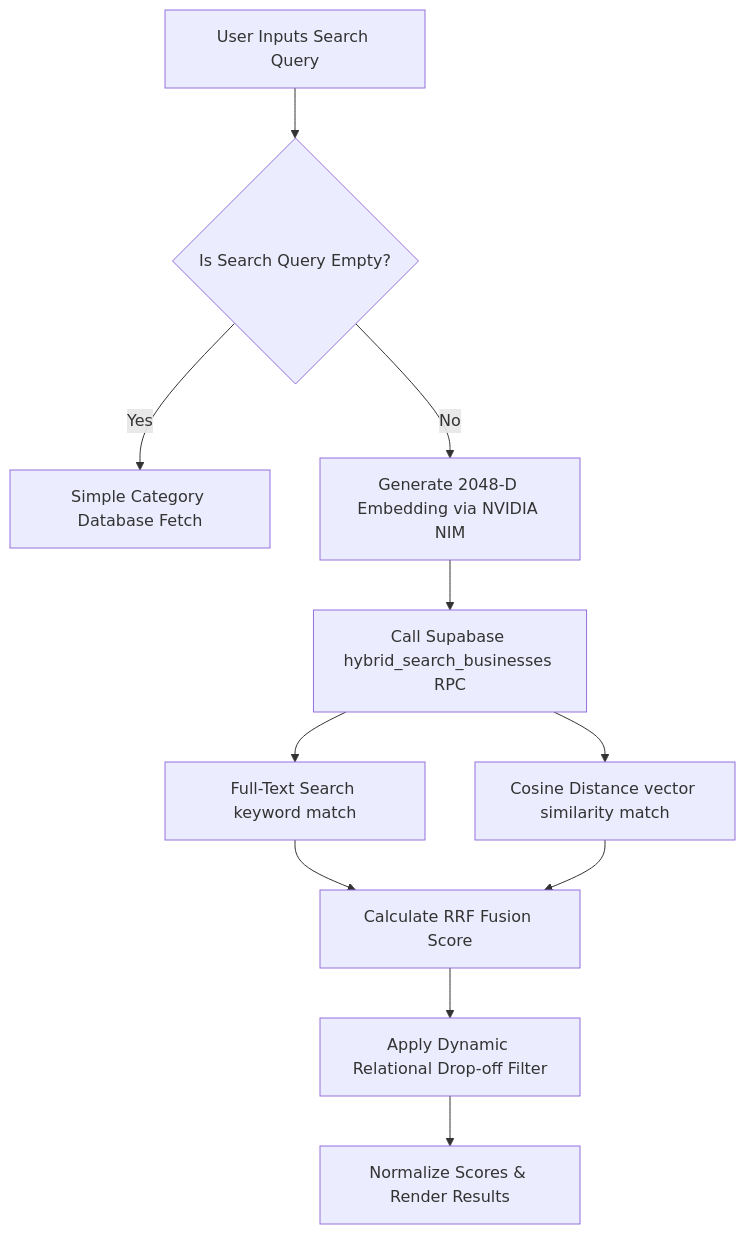
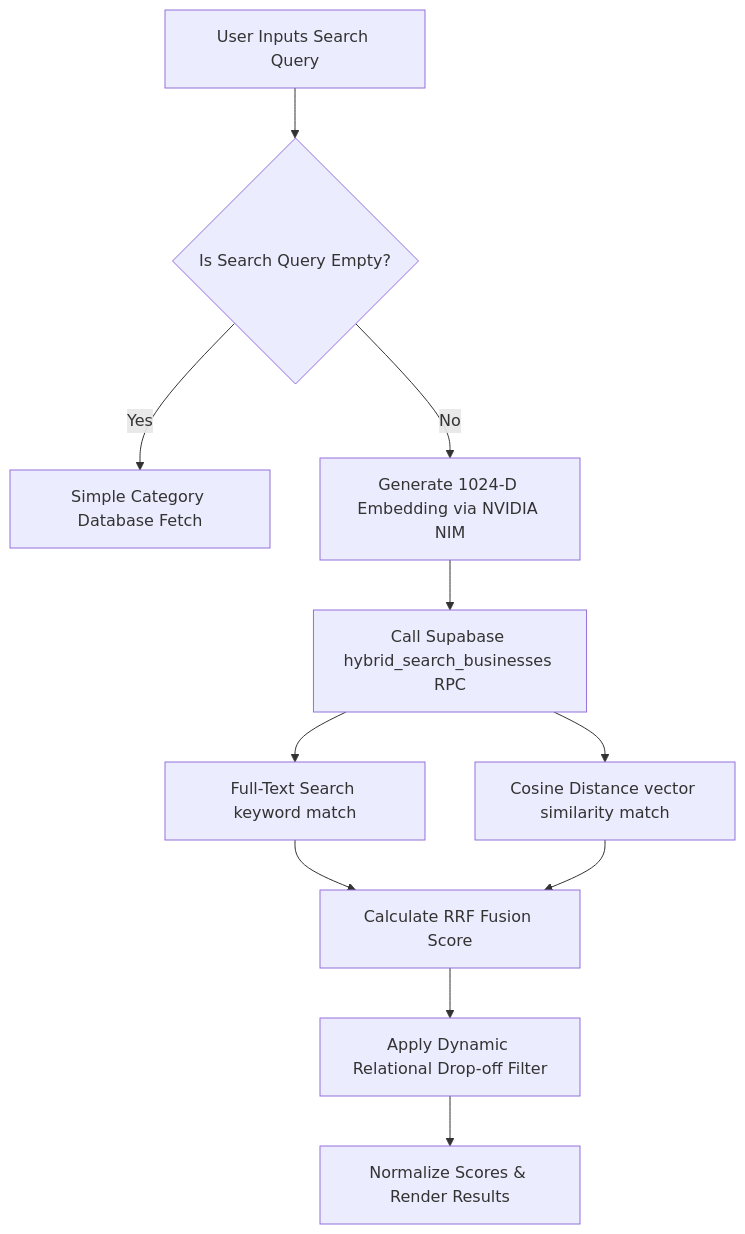
The second of 2 diagrams in details.md (JEDIx420/YMVG), drawn with Mermaid before and after one commit. The commit also changed other lines of this file and 16 other files, not shown here.

````diff
--- a/details.md
+++ b/details.md
@@ -133,12 +133,12 @@
 ```mermaid
 flowchart TD
     A[User Inputs Search Query] --> B{Is Search Query Empty?}
     B -- Yes --> C[Simple Category Database Fetch]
-    B -- No --> D[Generate 2048-D Embedding via NVIDIA NIM]
+    B -- No --> D[Generate 1024-D Embedding via NVIDIA NIM]
     D --> E[Call Supabase hybrid_search_businesses RPC]
     E --> F[Full-Text Search keyword match]
     E --> G[Cosine Distance vector similarity match]
     F & G --> H[Calculate RRF Fusion Score]
     H --> I[Apply Dynamic Relational Drop-off Filter]
     I --> J[Normalize Scores & Render Results]
 ```
````
